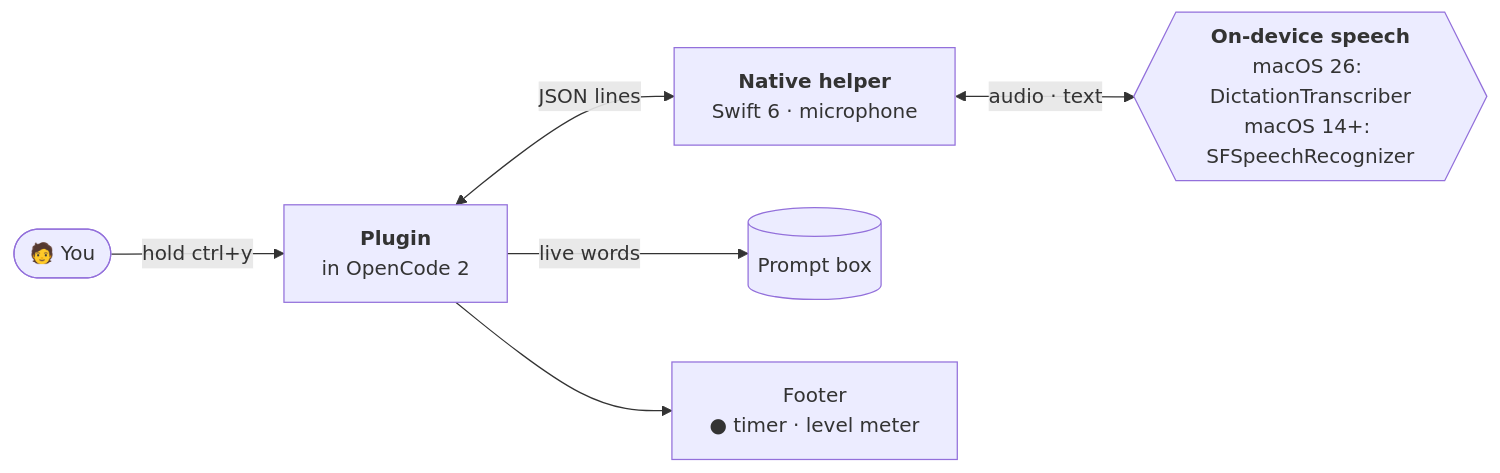
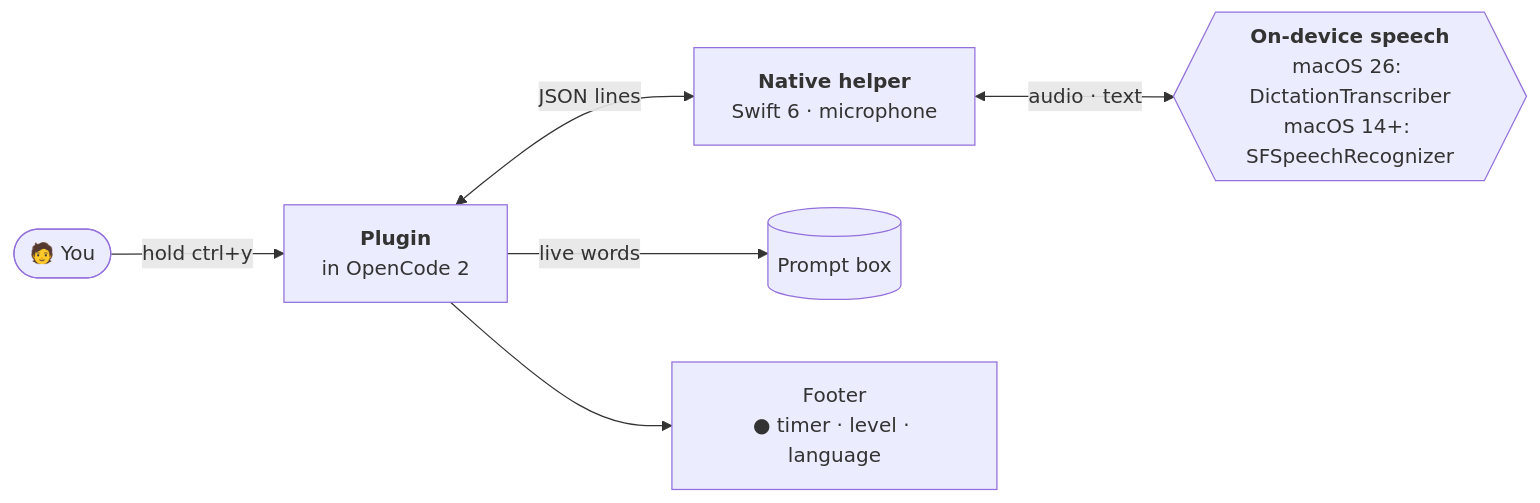
Before and after one commit to batuhansk/opencode-talk: the first of 2 diagrams in README.md, drawn with Mermaid. The commit also changed other lines of this file, not shown here.

Commit message:
docs: README features, limitations, languages, helper commands, architecture updates

````diff
--- a/README.md
+++ b/README.md
@@ -289,15 +318,15 @@
 ```mermaid
 flowchart LR
   you(["🧑 You"])
   plugin["<b>Plugin</b><br/>in OpenCode 2"]
   helper["<b>Native helper</b><br/>Swift 6 · microphone"]
   engine{{"<b>On-device speech</b><br/>macOS 26: DictationTranscriber<br/>macOS 14+: SFSpeechRecognizer"}}
   prompt[("Prompt box")]
-  footer["Footer<br/>● timer · level meter"]
+  footer["Footer<br/>● timer · level · language"]
 
   you -- "hold ctrl+y" --> plugin
   plugin <-- "JSON lines" --> helper
   helper <-- "audio · text" --> engine
   plugin -- "live words" --> prompt
   plugin --> footer
 ```
````
